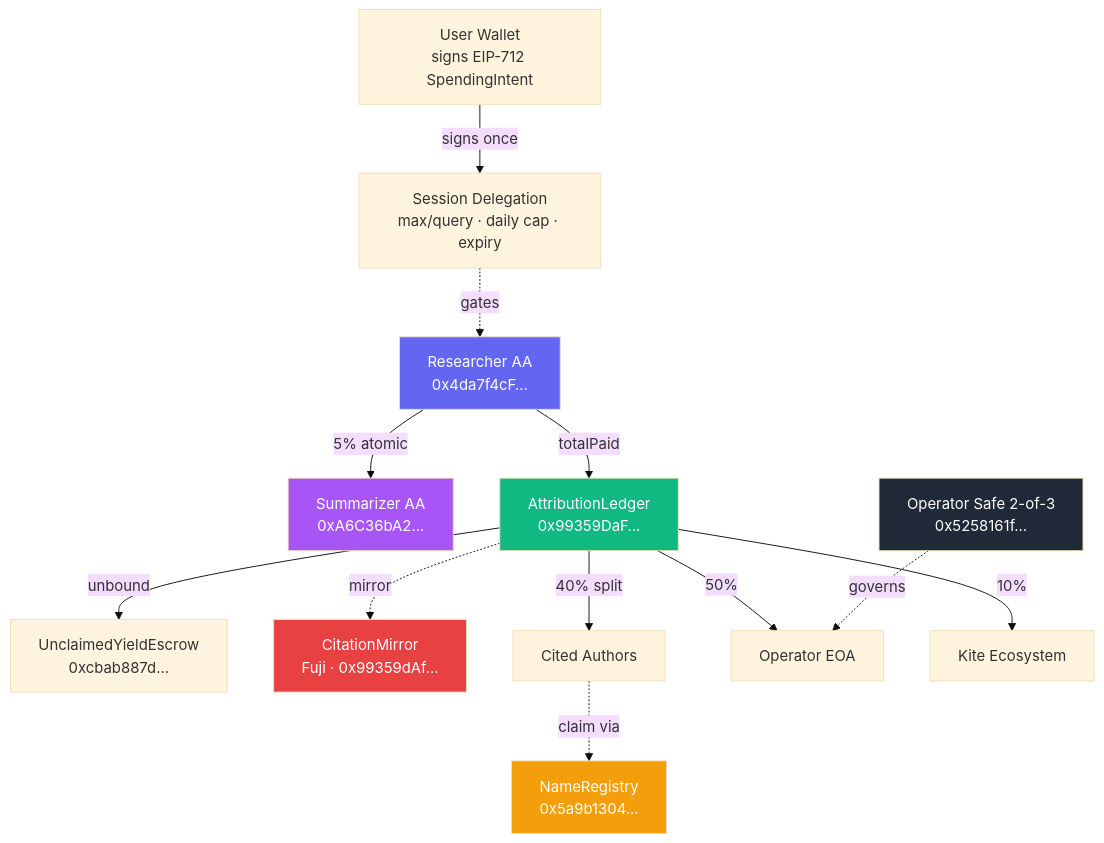
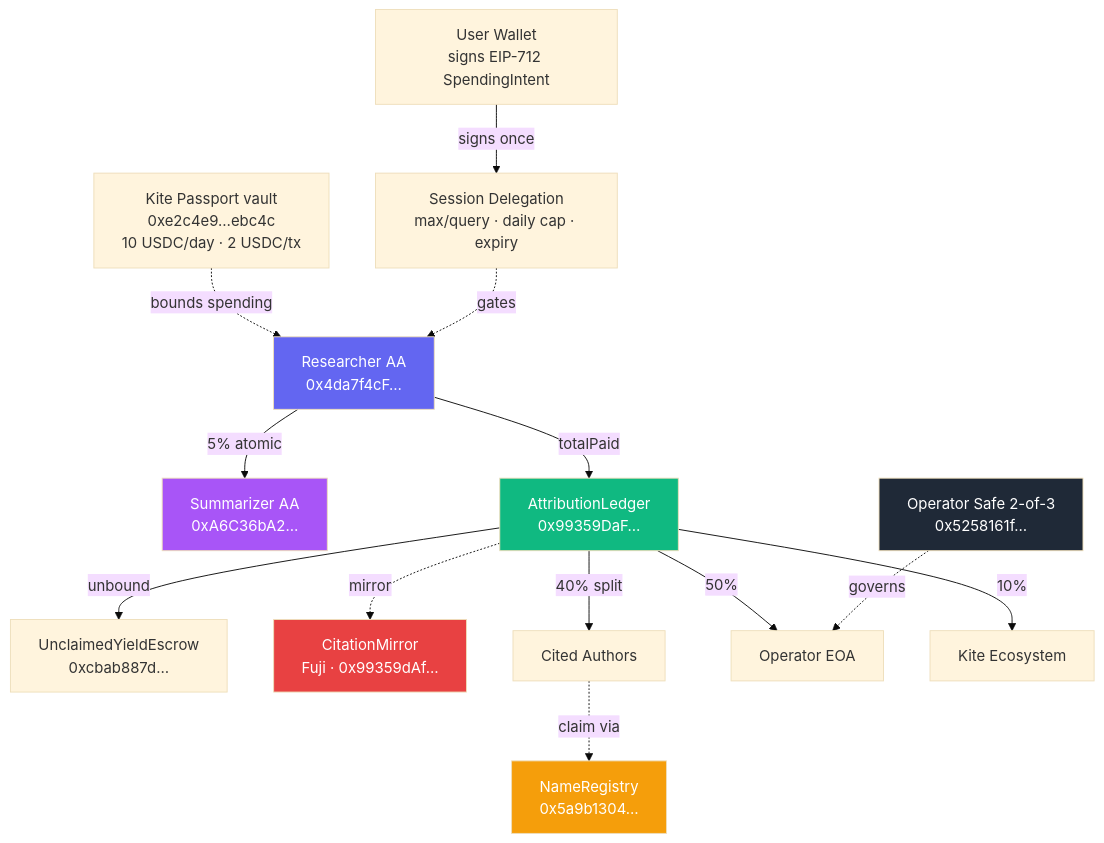
One commit to PugarHuda/kutip changed the diagram in docs/submission-copy.md. Above: the diagram before and after it, drawn with Mermaid (base theme). The commit also changed other lines of this file, not shown here.

First line of the commit message:
docs(submission): KitePass swap reflected in pitch + video script + diagram

````diff
--- a/docs/submission-copy.md
+++ b/docs/submission-copy.md
@@ -130,31 +137,33 @@
 ```mermaid
 flowchart TB
     User[User Wallet<br/>signs EIP-712 SpendingIntent]
     Passport[Session Delegation<br/>max/query · daily cap · expiry]
+    KitePass[Kite Passport vault<br/>0xe2c4e9…ebc4c<br/>10 USDC/day · 2 USDC/tx]
     Researcher[Researcher AA<br/>0x4da7f4cF…]
     Summarizer[Summarizer AA<br/>0xA6C36bA2…]
     Ledger[AttributionLedger<br/>0x99359DaF…]
     NameReg[NameRegistry<br/>0x5a9b1304…]
     Escrow[UnclaimedYieldEscrow<br/>0xcbab887d…]
     Mirror[CitationMirror<br/>Fuji · 0x99359dAf…]
     Safe[Operator Safe 2-of-3<br/>0x5258161f…]
 
     User --signs once--> Passport
+    KitePass -.bounds spending.-> Researcher
     Passport -.gates.-> Researcher
     Researcher --5% atomic--> Summarizer
     Researcher --totalPaid--> Ledger
     Ledger --40% split--> Authors[Cited Authors]
     Ledger --50%--> Operator[Operator EOA]
     Ledger --10%--> Eco[Kite Ecosystem]
     Authors -.claim via.-> NameReg
     Ledger --unbound--> Escrow
     Ledger -.mirror.-> Mirror
     Safe -.governs.-> Operator
 
     style Researcher fill:#6366f1,color:#fff
     style Summarizer fill:#a855f7,color:#fff
     style Ledger fill:#10b981,color:#fff
     style NameReg fill:#f59e0b,color:#fff
     style Mirror fill:#e84142,color:#fff
     style Safe fill:#1f2937,color:#fff
 ```
````
